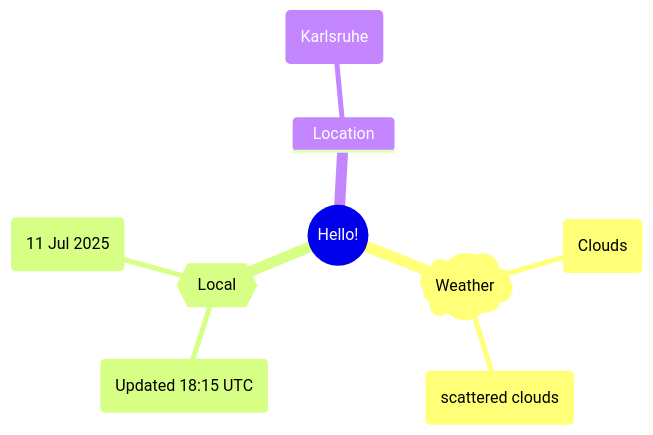
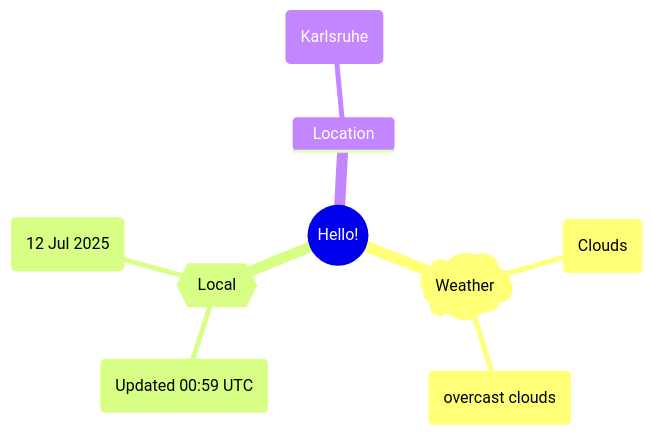
The first of 2 diagrams in README.md (Xosrov/Xosrov), drawn with Mermaid before and after one commit.

Commit message:
[bot] updated images

````diff
--- a/README.md
+++ b/README.md
@@ -3,12 +3,12 @@
 ```mermaid
 mindmap
   root((Hello!))
     )Weather(
         (Clouds)
-        (scattered clouds)
+        (overcast clouds)
     {{Local}}
-        (Updated 18:15 UTC)
-        (11 Jul 2025)
+        (Updated 00:59 UTC)
+        (12 Jul 2025)
     Location
         (Karlsruhe)
 ```
````
